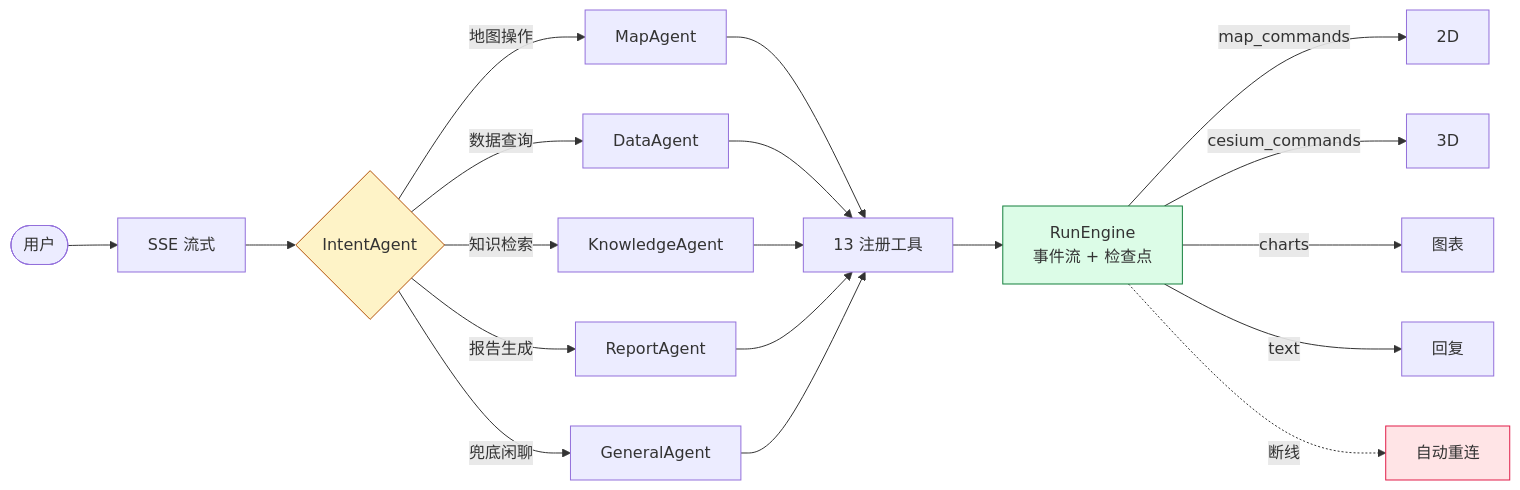
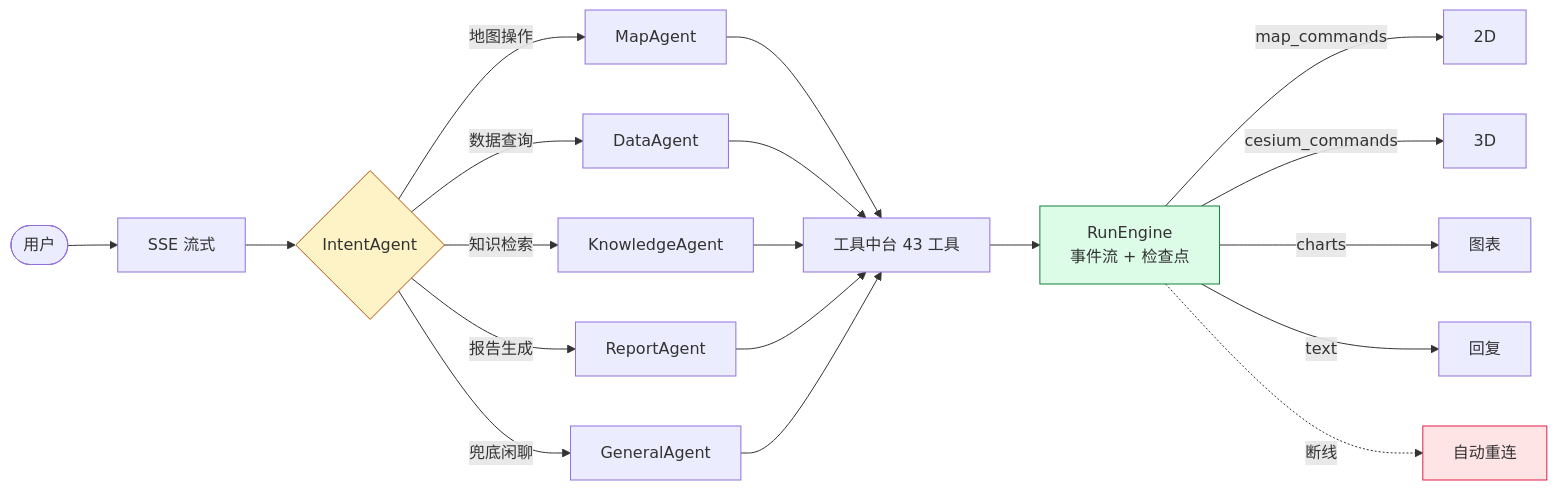
The fourth of 6 diagrams in README.md (PotatoH-cmd/Smart_Map), drawn with Mermaid before and after one commit. The commit also changed other lines of this file and 27 other files, not shown here.

First line of the commit message:
feat: 微服务化工具中台 + 通用意图服务解耦

````diff
--- a/README.md
+++ b/README.md
@@ -189,20 +198,20 @@
 ```mermaid
 flowchart LR
     U(["用户"]) --> SSE["SSE 流式"] --> I{"IntentAgent"}
     I -->|地图操作| MA["MapAgent"]
     I -->|数据查询| DA["DataAgent"]
     I -->|知识检索| KA["KnowledgeAgent"]
     I -->|报告生成| RA["ReportAgent"]
     I -->|兜底闲聊| GA["GeneralAgent"]
-    MA & DA & KA & RA & GA --> T["13 注册工具"]
+    MA & DA & KA & RA & GA --> T["工具中台 43 工具"]
     T --> R["RunEngine<br/>事件流 + 检查点"]
     R -->|map_commands| M2D["2D"]
     R -->|cesium_commands| M3D["3D"]
     R -->|charts| CH["图表"]
     R -->|text| TX["回复"]
     R -.->|断线| RC["自动重连"]
 
     style I fill:#fef3c7,stroke:#b45309
     style R fill:#dcfce7,stroke:#15803d
     style RC fill:#ffe4e6,stroke:#e11d48
 ```
````
